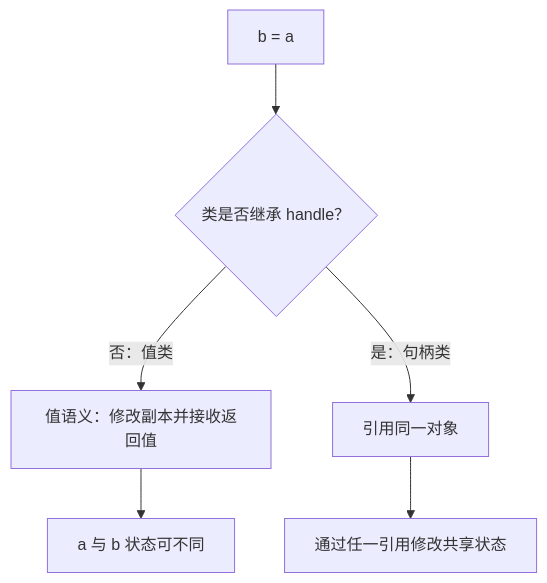
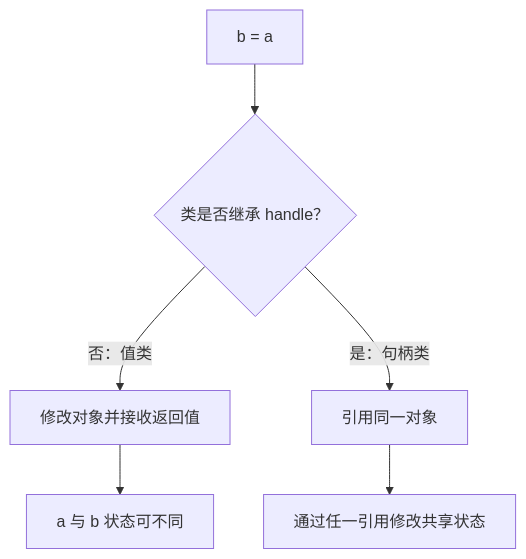
Before and after one commit to ilikui/MatlabOOP: the diagram in CH002/CH00205/README.md, drawn with Mermaid. The commit also changed other lines of this file, not shown here.

````diff
--- a/CH002/CH00205/README.md
+++ b/CH002/CH00205/README.md
@@ -29,8 +29,8 @@
 ```mermaid
 flowchart TD
     A[b = a] --> B{类是否继承 handle？}
-    B -->|否：值类| C[值语义：修改副本并接收返回值]
+    B -->|否：值类| C[修改对象并接收返回值]
     B -->|是：句柄类| D[引用同一对象]
     C --> E[a 与 b 状态可不同]
     D --> F[通过任一引用修改共享状态]
 ```
````
